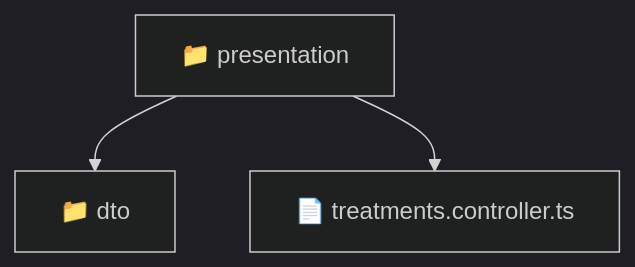
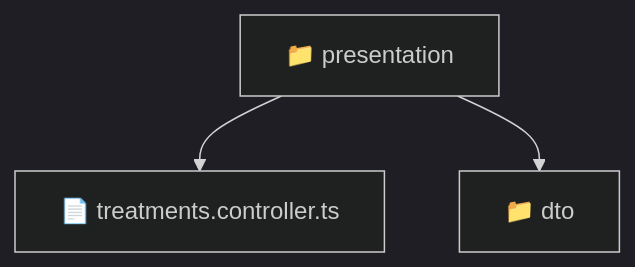
One commit to beginwebdev2002/fullstack-mavluda changed the diagram in backend/src/modules/treatments/presentation/README.md. Above: the diagram before and after it, drawn with Mermaid (dark theme). The commit also changed other lines of this file and 166 other files, not shown here.

First line of the commit message:
docs: generate repository-wide architectural README files

````diff
--- a/backend/src/modules/treatments/presentation/README.md
+++ b/backend/src/modules/treatments/presentation/README.md
@@ -9,6 +11,8 @@
 ```mermaid
 graph TD
-  Root["📁 presentation"]
-  Root --> dto["📁 dto"]
-  Root --> treatments_controller_ts["📄 treatments.controller.ts"]
+  f_Root_presentation["📁 presentation"]
+  f_treatments_controller_ts["📄 treatments.controller.ts"]
+  f_Root_presentation --> f_treatments_controller_ts
+  f_Dir_dto["📁 dto"]
+  f_Root_presentation --> f_Dir_dto
 ```
````
